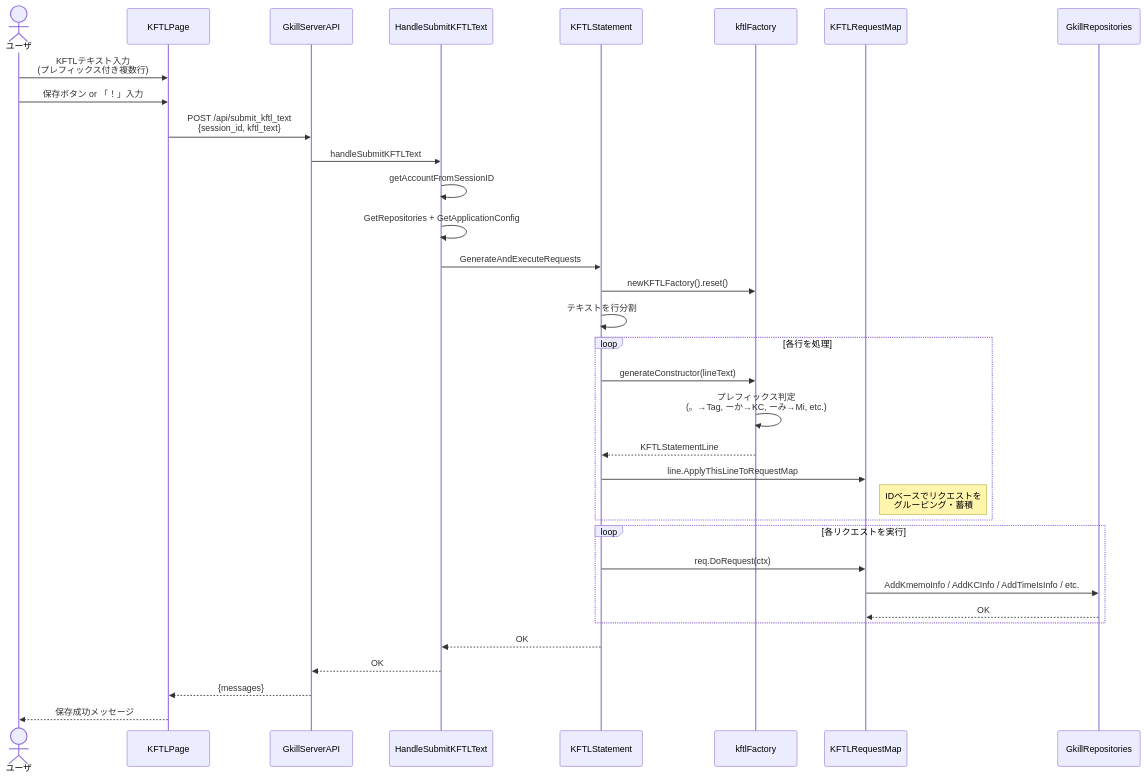
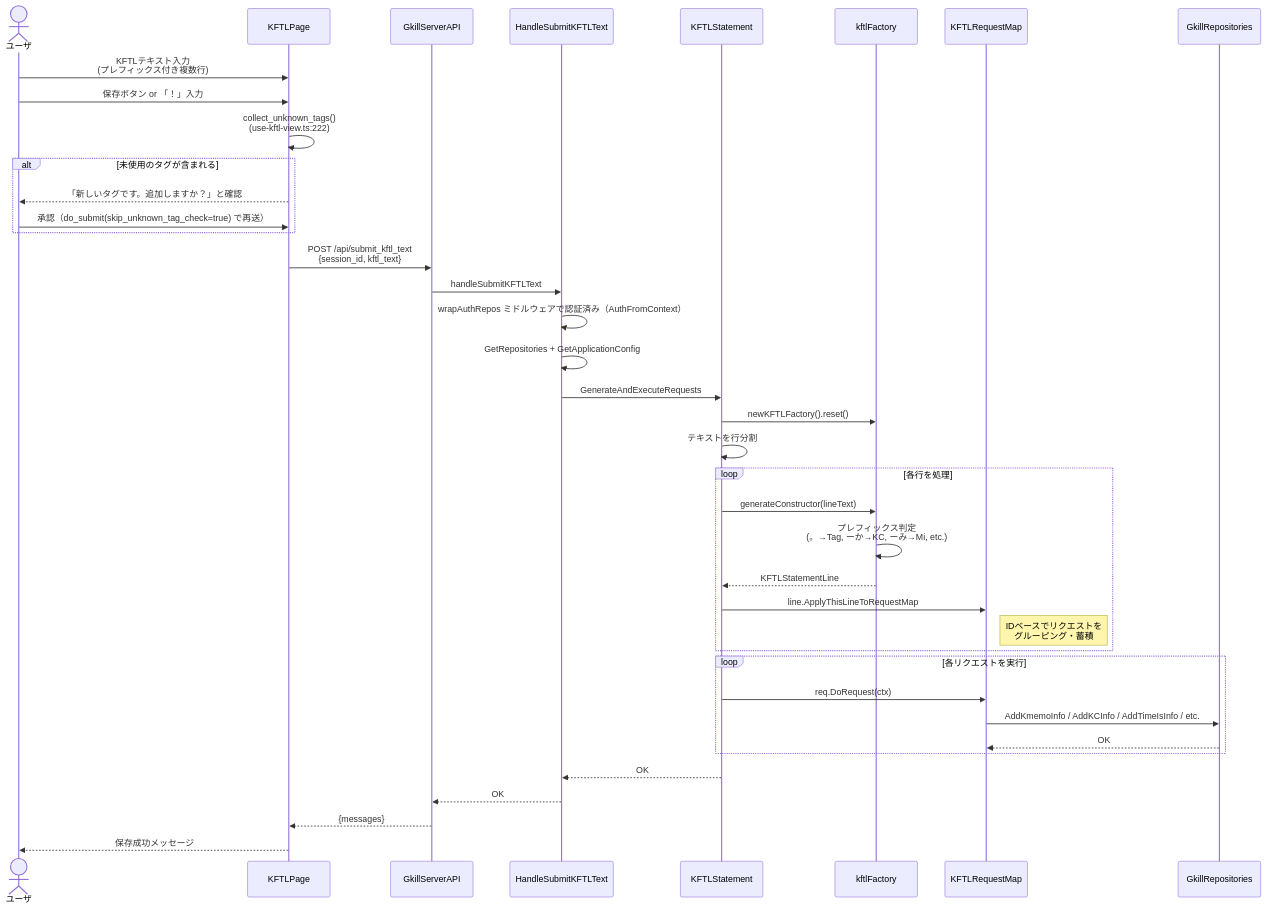
Before and after one commit to mt3hr/gkill: the seventh of 28 diagrams in documents/reverse/sequence-diagrams.md, drawn with Mermaid. The commit also changed other lines of this file and 146 other files, not shown here.

````diff
--- a/documents/reverse/sequence-diagrams.md
+++ b/documents/reverse/sequence-diagrams.md
@@ -160,37 +162,42 @@
 ```mermaid
 sequenceDiagram
     actor User as ユーザ
     participant UI as KFTLPage
     participant API as GkillServerAPI
     participant Handler as HandleSubmitKFTLText
     participant Stmt as KFTLStatement
     participant Factory as kftlFactory
     participant ReqMap as KFTLRequestMap
     participant Repos as GkillRepositories
 
     User->>UI: KFTLテキスト入力<br>(プレフィックス付き複数行)
     User->>UI: 保存ボタン or 「！」入力
+    UI->>UI: collect_unknown_tags()<br>(use-kftl-view.ts:222)
+    alt 未使用のタグが含まれる
+        UI-->>User: 「新しいタグです。追加しますか？」と確認
+        User->>UI: 承認（do_submit(skip_unknown_tag_check=true) で再送）
+    end
     UI->>API: POST /api/submit_kftl_text<br>{session_id, kftl_text}
     API->>Handler: handleSubmitKFTLText
-    Handler->>Handler: getAccountFromSessionID
+    Handler->>Handler: wrapAuthRepos ミドルウェアで認証済み（AuthFromContext）
     Handler->>Handler: GetRepositories + GetApplicationConfig
     Handler->>Stmt: GenerateAndExecuteRequests
     Stmt->>Factory: newKFTLFactory().reset()
     Stmt->>Stmt: テキストを行分割
     loop 各行を処理
         Stmt->>Factory: generateConstructor(lineText)
         Factory->>Factory: プレフィックス判定<br>(。→Tag, ーか→KC, ーみ→Mi, etc.)
         Factory-->>Stmt: KFTLStatementLine
         Stmt->>ReqMap: line.ApplyThisLineToRequestMap
         Note right of ReqMap: IDベースでリクエストを<br>グルーピング・蓄積
     end
     loop 各リクエストを実行
         Stmt->>ReqMap: req.DoRequest(ctx)
         ReqMap->>Repos: AddKmemoInfo / AddKCInfo / AddTimeIsInfo / etc.
         Repos-->>ReqMap: OK
     end
     Stmt-->>Handler: OK
     Handler-->>API: OK
     API-->>UI: {messages}
     UI-->>User: 保存成功メッセージ
 ```
````
